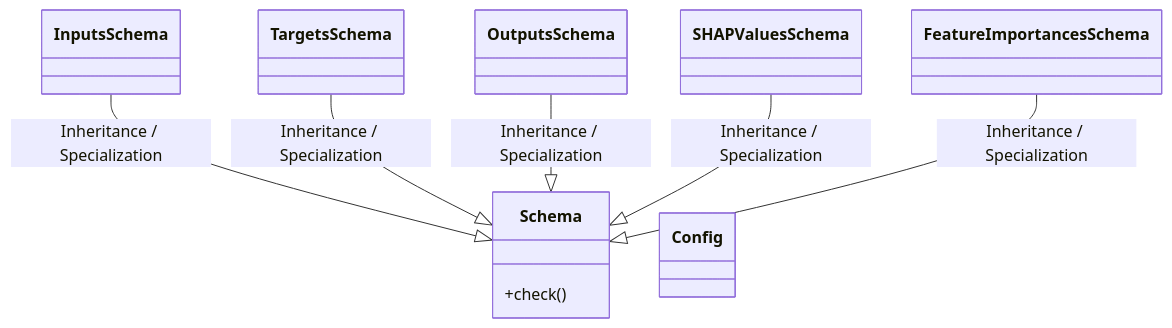
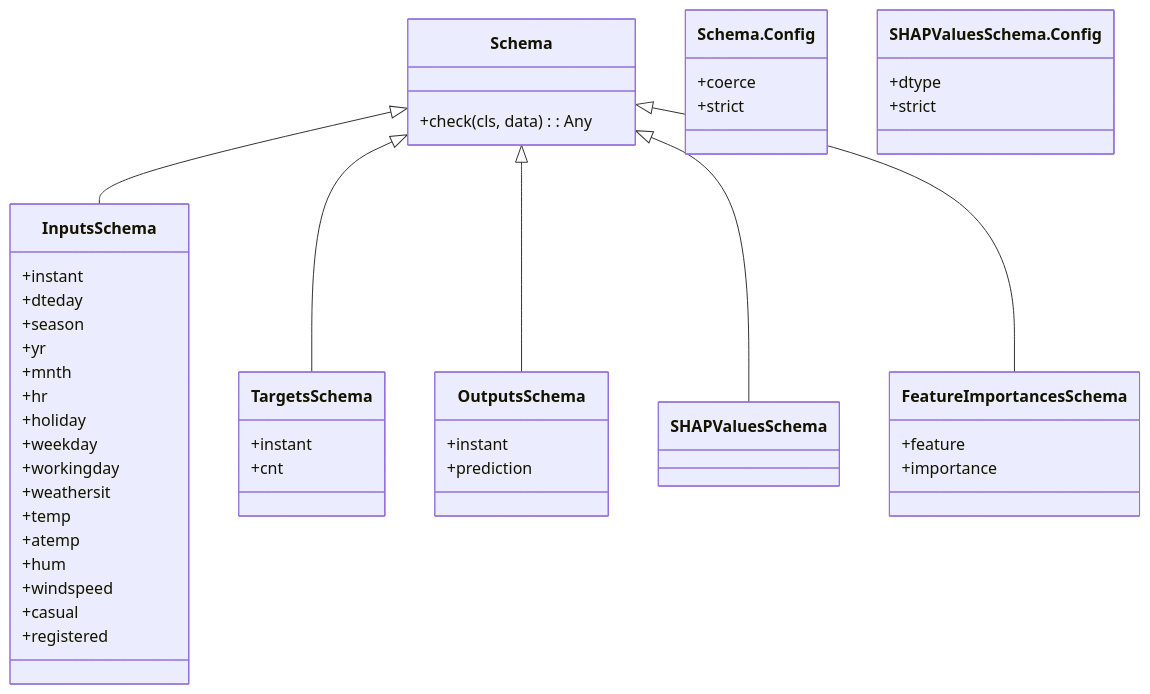
The first of 4 diagrams in openwiki/src/regression_model_template/core/schemas.md (lgcorzo/mlops-python-package), drawn with Mermaid before and after one commit. The commit also changed other lines of this file and 91 other files, not shown here.

````diff
--- a/openwiki/src/regression_model_template/core/schemas.md
+++ b/openwiki/src/regression_model_template/core/schemas.md
@@ -20,26 +21,51 @@
 ```mermaid
 classDiagram
-    direction BT
     class Schema {
-        +check()
+        +check(cls, data) : Any
+    }
+    class Schema.Config {
+        +coerce
+        +strict
     }
     class InputsSchema {
+        +instant
+        +dteday
+        +season
+        +yr
+        +mnth
+        +hr
+        +holiday
+        +weekday
+        +workingday
+        +weathersit
+        +temp
+        +atemp
+        +hum
+        +windspeed
+        +casual
+        +registered
     }
-    Schema <|-- InputsSchema : Inheritance / Specialization
+    Schema <|-- InputsSchema
     class TargetsSchema {
+        +instant
+        +cnt
     }
-    Schema <|-- TargetsSchema : Inheritance / Specialization
+    Schema <|-- TargetsSchema
     class OutputsSchema {
+        +instant
+        +prediction
     }
-    Schema <|-- OutputsSchema : Inheritance / Specialization
+    Schema <|-- OutputsSchema
     class SHAPValuesSchema {
     }
-    Schema <|-- SHAPValuesSchema : Inheritance / Specialization
+    Schema <|-- SHAPValuesSchema
+    class SHAPValuesSchema.Config {
+        +dtype
+        +strict
+    }
     class FeatureImportancesSchema {
+        +feature
+        +importance
     }
-    Schema <|-- FeatureImportancesSchema : Inheritance / Specialization
-    class Config {
-    }
-    class Config {
-    }
+    Schema <|-- FeatureImportancesSchema
 ```
````
